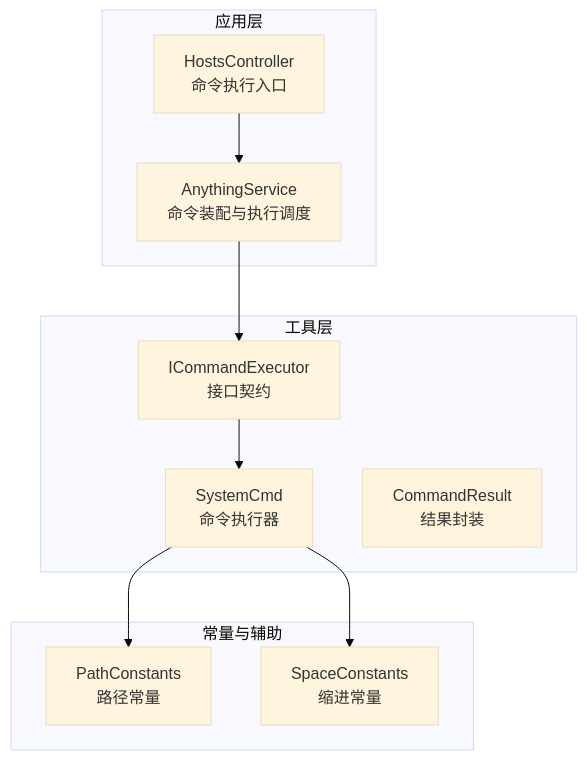
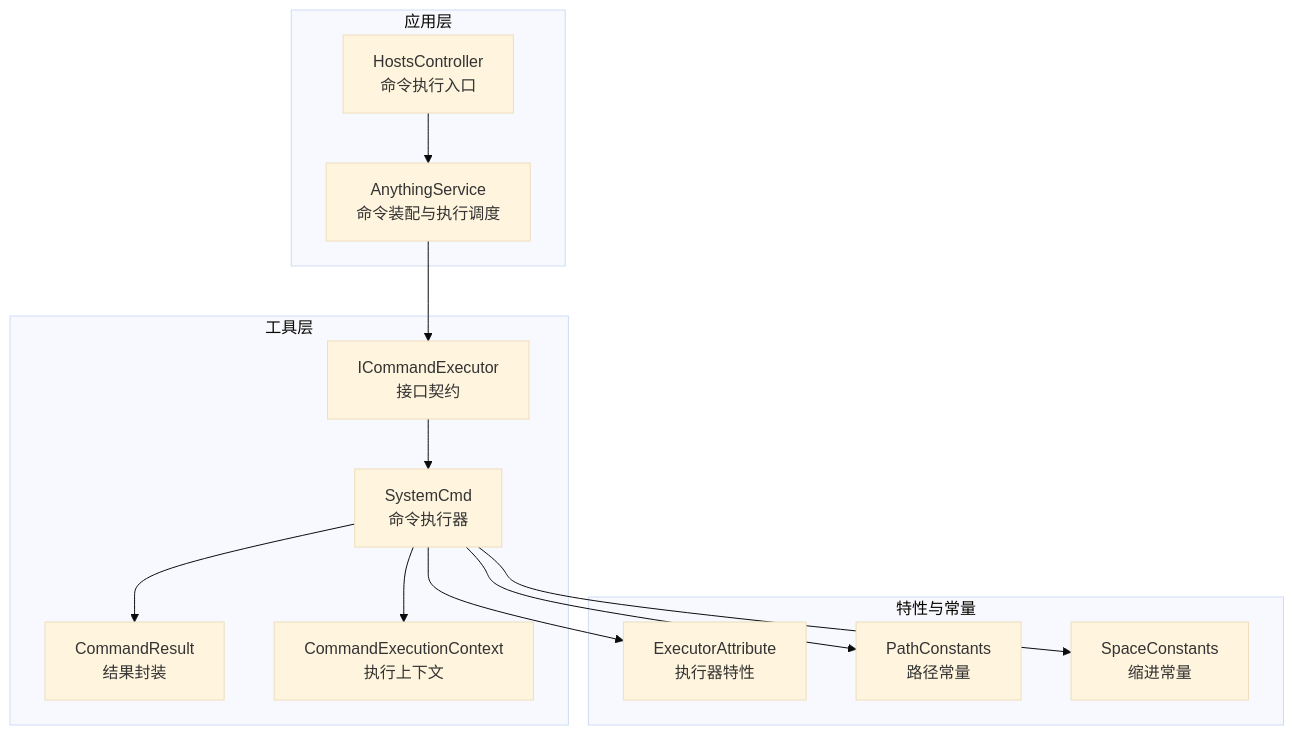
One commit to Sosososolong/AirGo changed the first of 6 diagrams in .qoder/repowiki/zh/content/项目概述/核心特性/工具库系统/系统命令执行器.md. Above: the diagram before and after it, drawn with Mermaid (base theme). The commit also changed other lines of this file and 6 other files, not shown here.

````diff
--- a/.qoder/repowiki/zh/content/项目概述/核心特性/工具库系统/系统命令执行器.md
+++ b/.qoder/repowiki/zh/content/项目概述/核心特性/工具库系统/系统命令执行器.md
@@ -40,21 +52,26 @@
 ```mermaid
 graph TB
 subgraph "应用层"
 HC["HostsController<br/>命令执行入口"]
 AS["AnythingService<br/>命令装配与执行调度"]
 end
 subgraph "工具层"
 SC["SystemCmd<br/>命令执行器"]
 IC["ICommandExecutor<br/>接口契约"]
 CR["CommandResult<br/>结果封装"]
+CEC["CommandExecutionContext<br/>执行上下文"]
 end
-subgraph "常量与辅助"
+subgraph "特性与常量"
+EA["ExecutorAttribute<br/>执行器特性"]
 PC["PathConstants<br/>路径常量"]
 SP["SpaceConstants<br/>缩进常量"]
 end
 HC --> AS
 AS --> IC
 IC --> SC
+SC --> CR
+SC --> CEC
+SC --> EA
 SC --> PC
 SC --> SP
 ```
````
